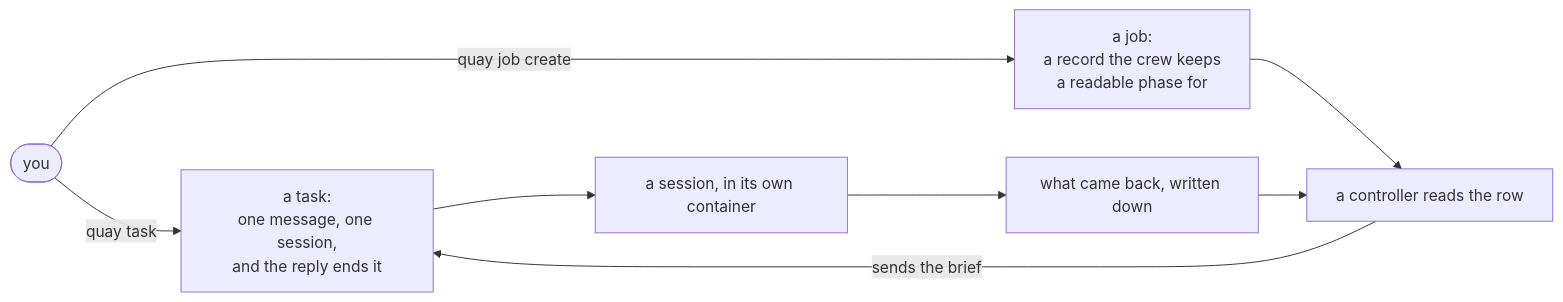
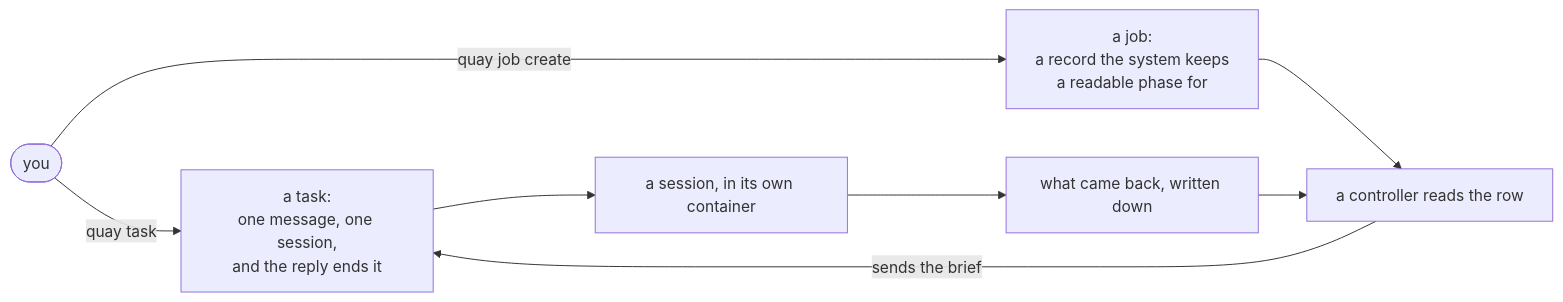
One commit to atlantic-blue/quay-crew changed the first of 3 diagrams in docs/TASKS.md. Above: the diagram before and after it, drawn with Mermaid. The commit also changed other lines of this file and 496 other files, not shown here.

````diff
--- a/docs/TASKS.md
+++ b/docs/TASKS.md
@@ -42,10 +42,10 @@
 ```mermaid
 flowchart LR
     YOU(["you"]) -->|"quay task"| TASK["a task:<br/>one message, one session,<br/>and the reply ends it"]
-    YOU -->|"quay job create"| JOB["a job:<br/>a record the crew keeps<br/>a readable phase for"]
+    YOU -->|"quay job create"| JOB["a job:<br/>a record the system keeps<br/>a readable phase for"]
     JOB --> CTL["a controller reads the row"]
     CTL -->|"sends the brief"| TASK
     TASK --> SESSION["a session, in its own container"]
     SESSION --> LANDED["what came back, written down"]
     LANDED --> CTL
 ```
````
